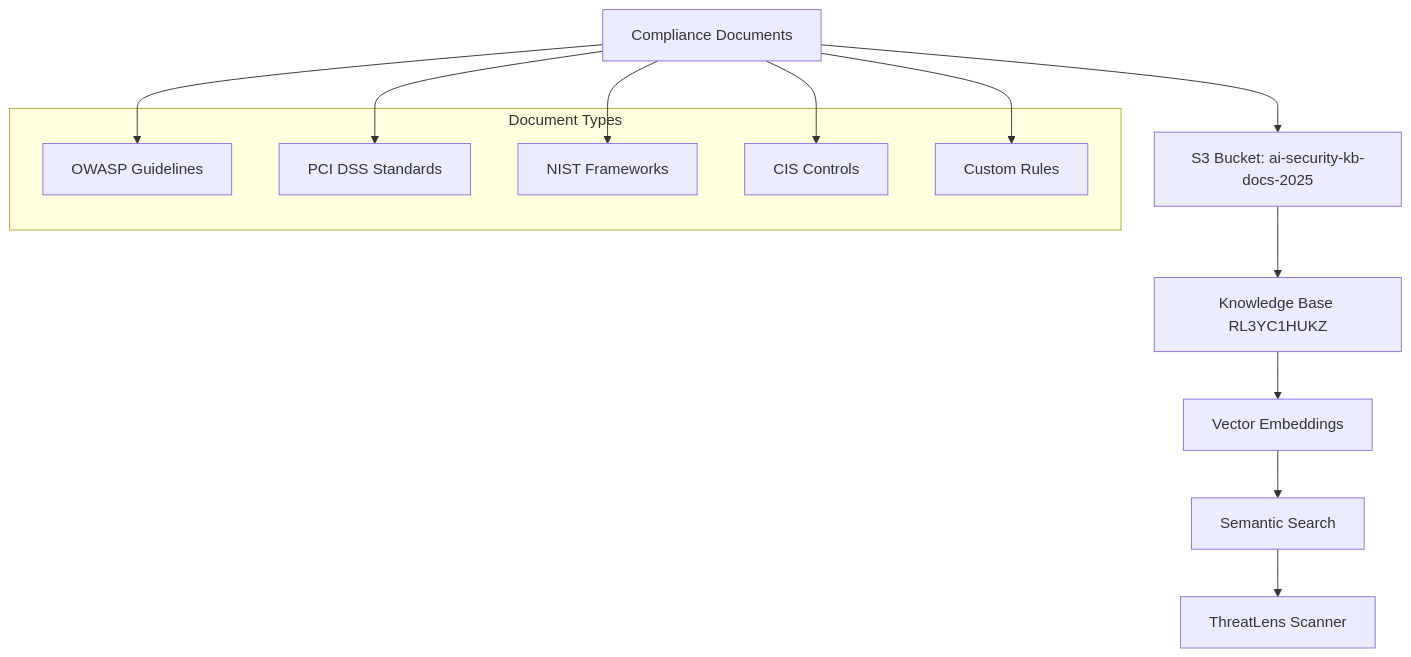
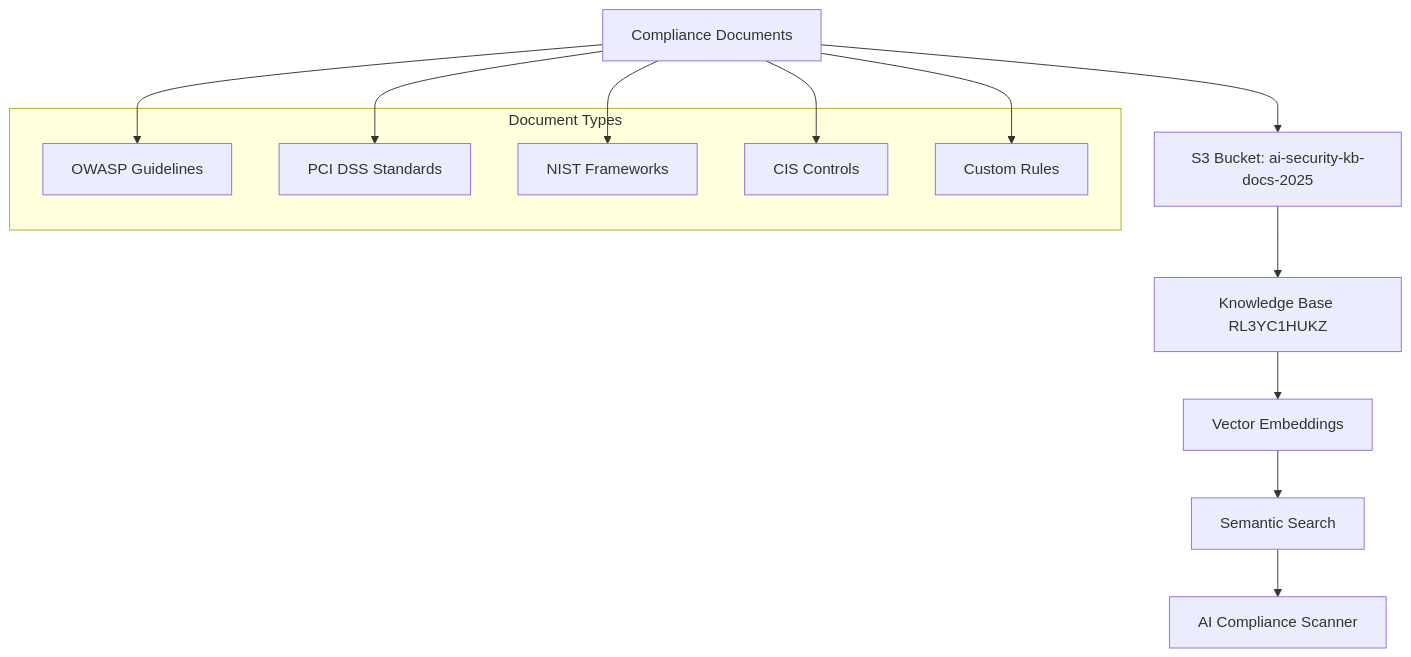
Before and after one commit to devops-captain/Ai-Ops-Ci-CD: the diagram in docs/knowledge-base.md, drawn with Mermaid. The commit also changed other lines of this file and 12 other files, not shown here.

````diff
--- a/docs/knowledge-base.md
+++ b/docs/knowledge-base.md
@@ -9,22 +9,22 @@
 ```mermaid
 graph TB
     A[Compliance Documents] --> B[S3 Bucket: ai-security-kb-docs-2025]
     B --> C[Knowledge Base RL3YC1HUKZ]
     C --> D[Vector Embeddings]
     D --> E[Semantic Search]
-    E --> F[ThreatLens Scanner]
+    E --> F[AI Compliance Scanner]
     
     subgraph "Document Types"
         G[OWASP Guidelines]
         H[PCI DSS Standards]
         I[NIST Frameworks]
         J[CIS Controls]
         K[Custom Rules]
     end
     
     A --> G
     A --> H
     A --> I
     A --> J
     A --> K
 ```
````
